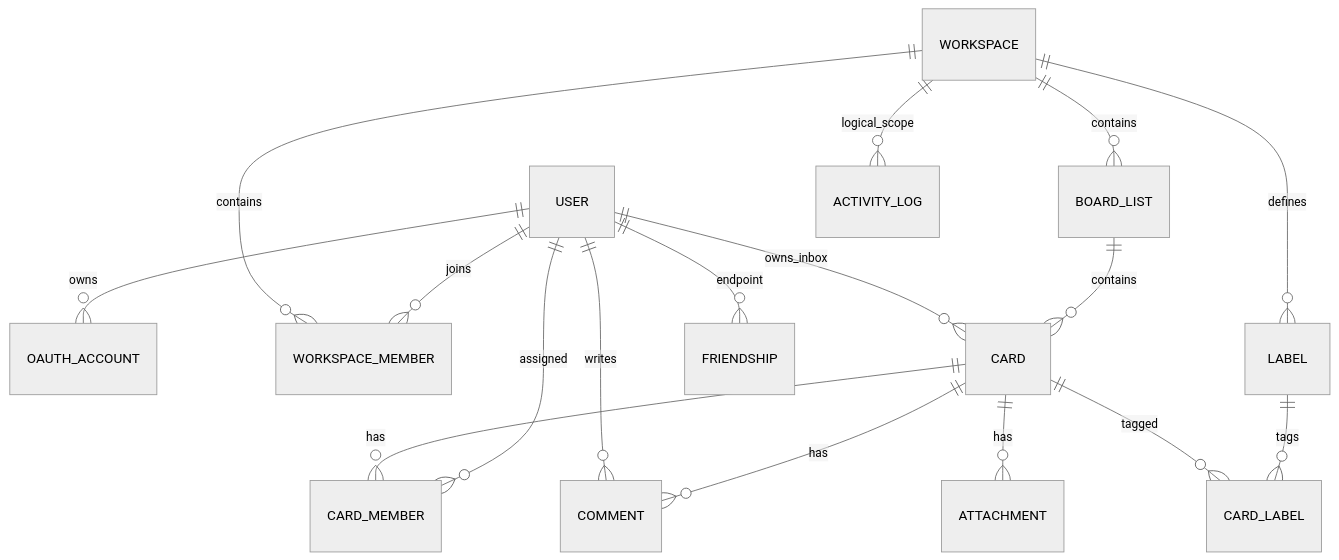
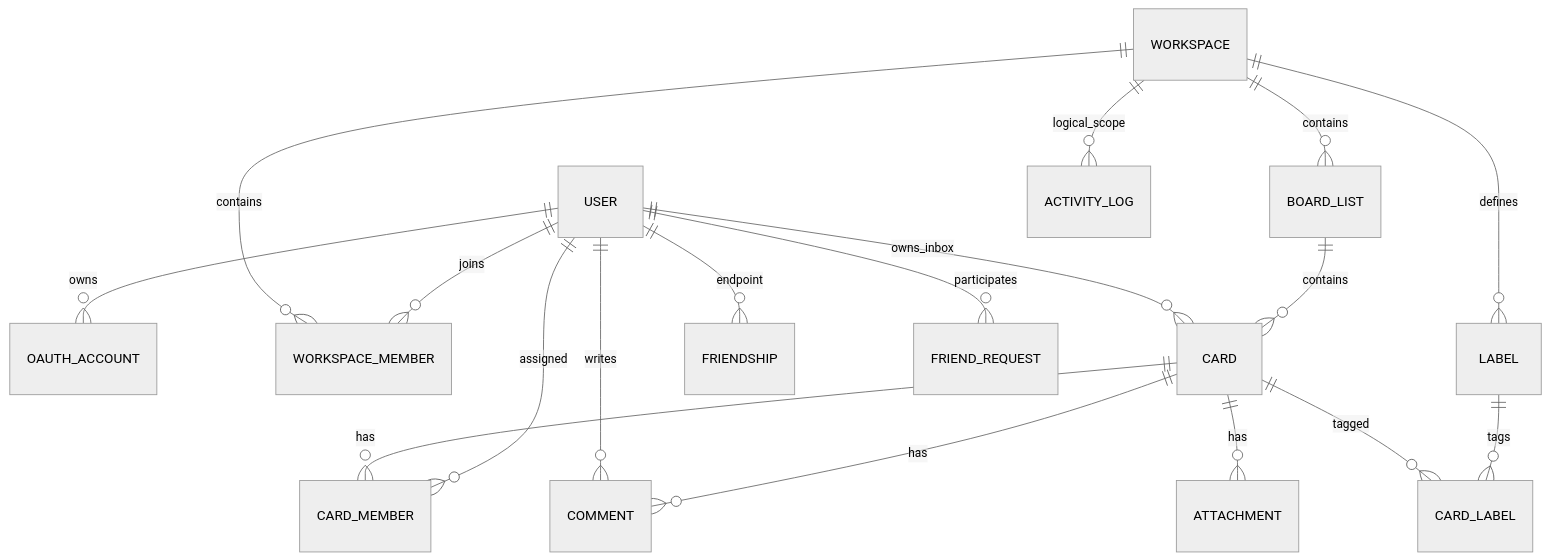
The second of 2 diagrams in README.md (42worktool/TaskFlow), drawn with Mermaid (neutral theme) before and after one commit. The commit also changed other lines of this file and 24 other files, not shown here.

Commit message:
feat(friends): add request acceptance flow and friends page

````diff
--- a/README.md
+++ b/README.md
@@ -200,19 +202,20 @@
 ```mermaid
 erDiagram
     USER ||--o{ OAUTH_ACCOUNT : owns
     USER ||--o{ WORKSPACE_MEMBER : joins
     WORKSPACE ||--o{ WORKSPACE_MEMBER : contains
     WORKSPACE ||--o{ BOARD_LIST : contains
     BOARD_LIST ||--o{ CARD : contains
     USER ||--o{ CARD : owns_inbox
     USER ||--o{ CARD_MEMBER : assigned
     CARD ||--o{ CARD_MEMBER : has
     WORKSPACE ||--o{ LABEL : defines
     LABEL ||--o{ CARD_LABEL : tags
     CARD ||--o{ CARD_LABEL : tagged
     CARD ||--o{ ATTACHMENT : has
     CARD ||--o{ COMMENT : has
     USER ||--o{ COMMENT : writes
     USER ||--o{ FRIENDSHIP : endpoint
+    USER ||--o{ FRIEND_REQUEST : participates
     WORKSPACE ||--o{ ACTIVITY_LOG : logical_scope
 ```
````
